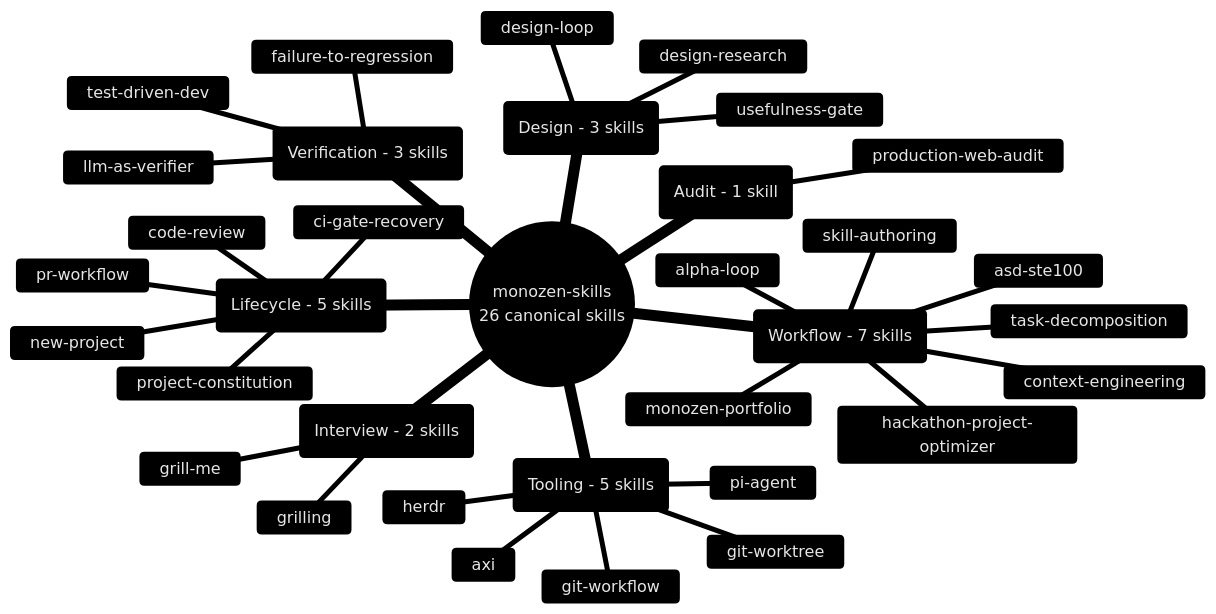
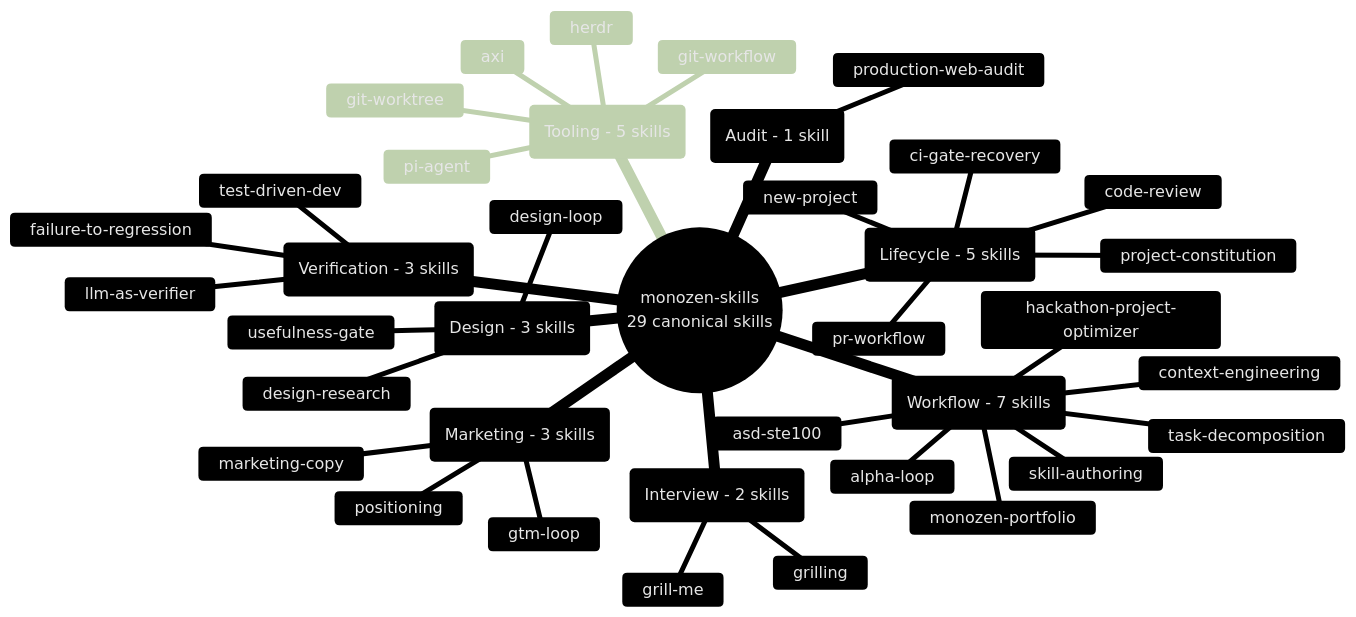
Before and after one commit to 8-BitRhyon/monozen-skills: the diagram in assets/skill-taxonomy.mmd, drawn with Mermaid. The commit also changed 24 other files, not shown here.

First line of the commit message:
feat(marketing): add positioning, GTM, and copy pipeline

```diff
--- a/assets/skill-taxonomy.mmd
+++ b/assets/skill-taxonomy.mmd
@@ -1,37 +1,41 @@
 %%{init: {'theme': 'base', 'themeVariables': {'primaryColor': '#1a1a2e', 'primaryTextColor': '#e6e6e6', 'primaryBorderColor': '#8b7eff', 'lineColor': '#5a5a8a', 'secondaryColor': '#12132b', 'tertiaryColor': '#0b0c15', 'fontFamily': 'Inter, system-ui, sans-serif'}}}%%
 
 mindmap
-  root((monozen-skills<br/>26 canonical skills))
+  root((monozen-skills<br/>29 canonical skills))
     ::_(Lifecycle - 5 skills)
       new-project
       project-constitution
       code-review
       pr-workflow
       ci-gate-recovery
     ::_(Verification - 3 skills)
       test-driven-dev
       failure-to-regression
       llm-as-verifier
     ::_(Interview - 2 skills)
       grill-me
       grilling
     ::_(Workflow - 7 skills)
       alpha-loop
       asd-ste100
       hackathon-project-optimizer
       monozen-portfolio
       task-decomposition
       context-engineering
       skill-authoring
     ::_(Design - 3 skills)
       design-loop
       design-research
       usefulness-gate
+    ::_(Marketing - 3 skills)
+      gtm-loop
+      marketing-copy
+      positioning
     ::_(Audit - 1 skill)
       production-web-audit
     ::_(Tooling - 5 skills)
       axi
       pi-agent
       herdr
       git-worktree
       git-workflow
```
